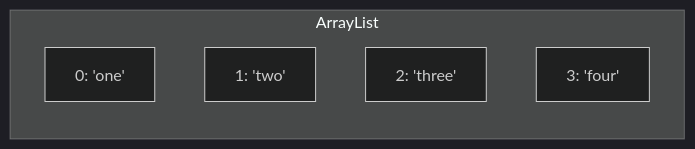
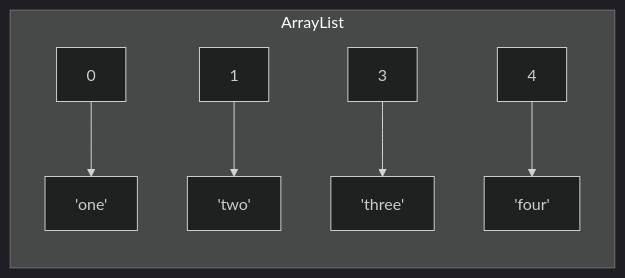
The first of 2 diagrams in docs/08_algoritmit.md (ohjelmointi2/ohjelmointi2.github.io), drawn with Mermaid (dark theme) before and after one commit. The commit also changed other lines of this file, not shown here.

Commit message:
Uusi esitystapa arraylistille

````diff
--- a/docs/08_algoritmit.md
+++ b/docs/08_algoritmit.md
@@ -27,9 +34,9 @@
 ```mermaid
 graph LR
     subgraph ArrayList
-        A[0: 'one']
-        B[1: 'two']
-        C[2: 'three']
-        D[3: 'four']
+        0 --> 'one'
+        1 --> 'two'
+        3 --> 'three'
+        4 --> 'four'
     end
 ```
````
